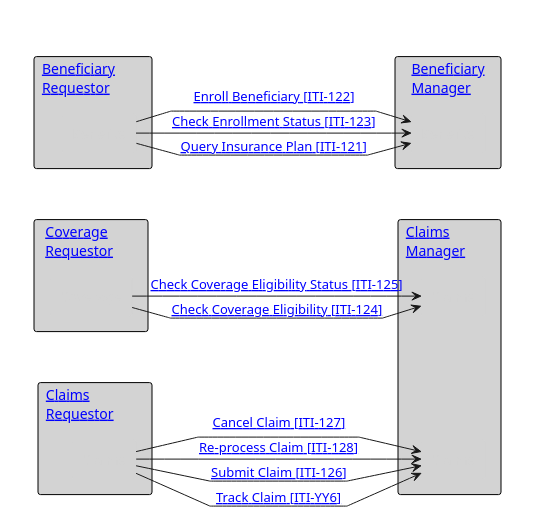
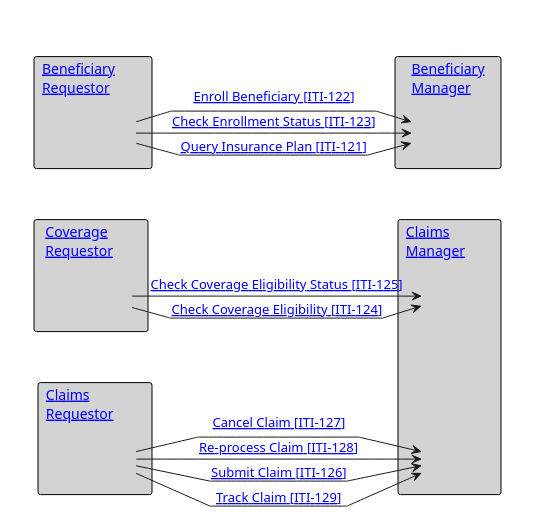
Before and after one commit to IHE/ITI.Finance: the diagram in input/images-source/ActorsAndTransactions.plantuml, drawn with PlantUML. The commit also changed 17 other files, not shown here.

```diff
--- a/input/images-source/ActorsAndTransactions.plantuml
+++ b/input/images-source/ActorsAndTransactions.plantuml
@@ -1,59 +1,59 @@
 @startuml
 skinparam package {
   BorderColor transparent
   BackgroundColor transparent
   Shadowing false
 }
 skinparam rectangle {
   BorderColor black
   BackgroundColor lightgrey
   Shadowing false
   FontStyle normal
 }
 skinparam agent {
   BorderColor lightgrey
   BackgroundColor lightgrey
   FontColor lightgrey
   Shadowing false
 }
 
 hide footbox
 'skinparam svgDimensionStyle false
 skinparam linetype polyline
 package "  "  {
   rectangle "[[#beneficiary-requestor Beneficiary        \nRequestor]]" as br {
     agent "Benefits" as BenReq
   }
   rectangle "[[#coverage-requestor Coverage        \nRequestor]]" as cr {
     agent "Coverage" as CovReq
   }
   rectangle "[[#claims-requestor Claims               \nRequestor]]" as cl {
     agent "Claims" as ClaimReq
   }
 }
 
 package " "  {
   rectangle "[[#beneficiary-manager Beneficiary\nManager]]" as Ben {
     agent "Benefits" as BenMan
   }
   rectangle "[[#claims-manager Claims            \nManager]]" as ClaimMan {
     agent "Claims" as ClaimMan1
     agent "Claims" as ClaimMan2
   }
 }
 BenReq -> BenMan : "[[ITI-121.html Query Insurance Plan &#91;ITI-121&#93;]]"
 BenReq -> BenMan : "[[ITI-122.html Enroll Beneficiary &#91;ITI-122&#93;]]"
 BenReq -> BenMan : "[[ITI-123.html Check Enrollment Status &#91;ITI-123&#93;]]"
 BenReq -[hidden]-> CovReq: ""
 CovReq -[hidden]-> ClaimReq: ""
 BenMan -[hidden]-> ClaimMan1: ""
 ClaimMan1 -[hidden]-> ClaimMan2: ""
 CovReq -> ClaimMan1 : "[[ITI-124.html Check Coverage Eligibility &#91;ITI-124&#93;]]"
 CovReq -> ClaimMan1 : "[[ITI-125.html Check Coverage Eligibility Status &#91;ITI-125&#93;]]"
 ClaimReq -> ClaimMan2 : "[[ITI-126.html Submit Claim &#91;ITI-126&#93;]]"
 ClaimReq -> ClaimMan2 : "[[ITI-127.html Cancel Claim &#91;ITI-127&#93;]]"
 ClaimReq -> ClaimMan2 : "[[ITI-128.html Re-process Claim &#91;ITI-128&#93;]]"
-ClaimReq -> ClaimMan2 : "[[ITI-YY6.html Track Claim &#91;ITI-YY6&#93;]]"
+ClaimReq -> ClaimMan2 : "[[ITI-129.html Track Claim &#91;ITI-129&#93;]]"
 
 
 @endum
```
